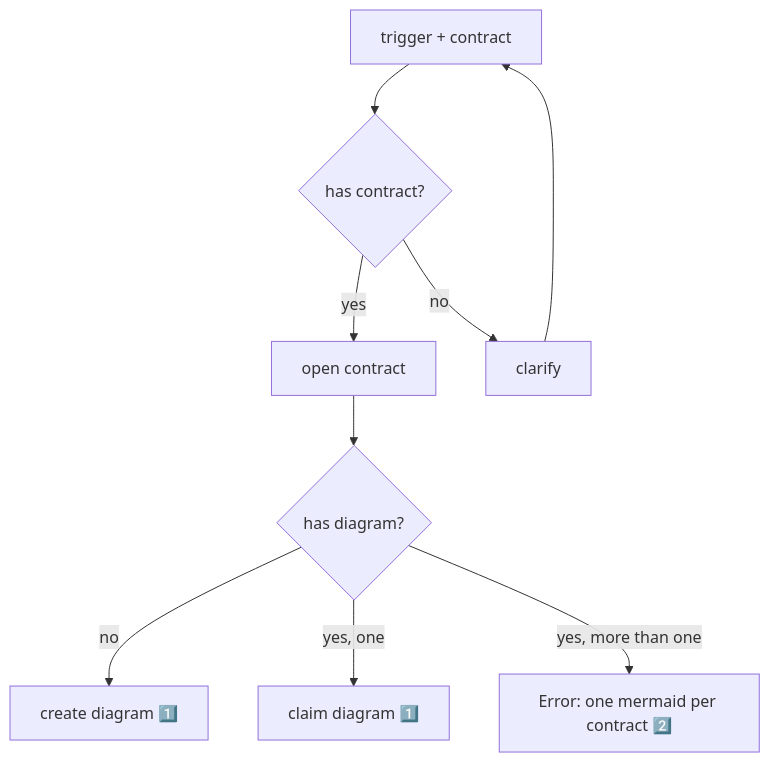
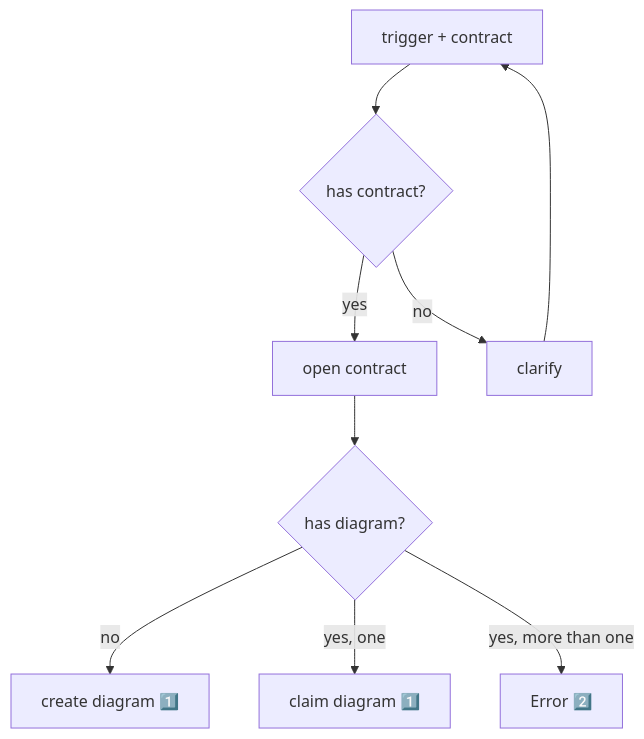
One commit to nonlinear/skills changed the diagram in contract-diagram/SKILL.md. Above: the diagram before and after it, drawn with Mermaid.

Commit message:
Simplify error node: 'Error 2️⃣' (details in note)

````diff
--- a/contract-diagram/SKILL.md
+++ b/contract-diagram/SKILL.md
@@ -18,21 +18,21 @@
 ```mermaid
 flowchart TD
     TRIGGER["trigger + contract"]
     CHECK_CONTRACT{"has contract?"}
     OPEN["open contract"]
     CLARIFY["clarify"]
     CHECK_DIAGRAM{"has diagram?"}
     CREATE["create diagram 1️⃣"]
     CLAIM["claim diagram 1️⃣"]
-    ERROR["Error: one mermaid per contract 2️⃣"]
+    ERROR["Error 2️⃣"]
     
     TRIGGER --> CHECK_CONTRACT
     CHECK_CONTRACT -->|yes| OPEN
     CHECK_CONTRACT -->|no| CLARIFY
     CLARIFY --> TRIGGER
     
     OPEN --> CHECK_DIAGRAM
     CHECK_DIAGRAM -->|no| CREATE
     CHECK_DIAGRAM -->|yes, one| CLAIM
     CHECK_DIAGRAM -->|yes, more than one| ERROR
 ```
````
